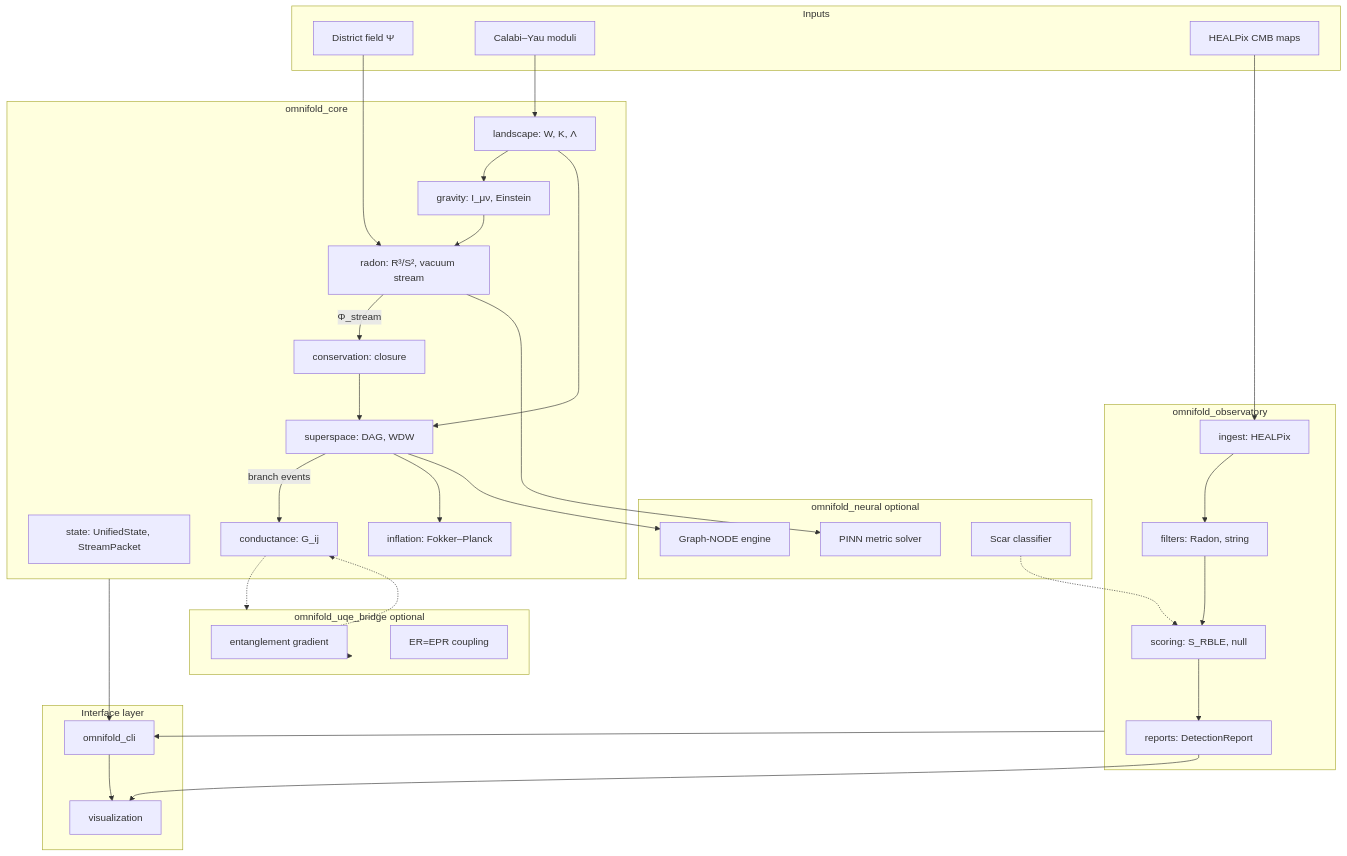
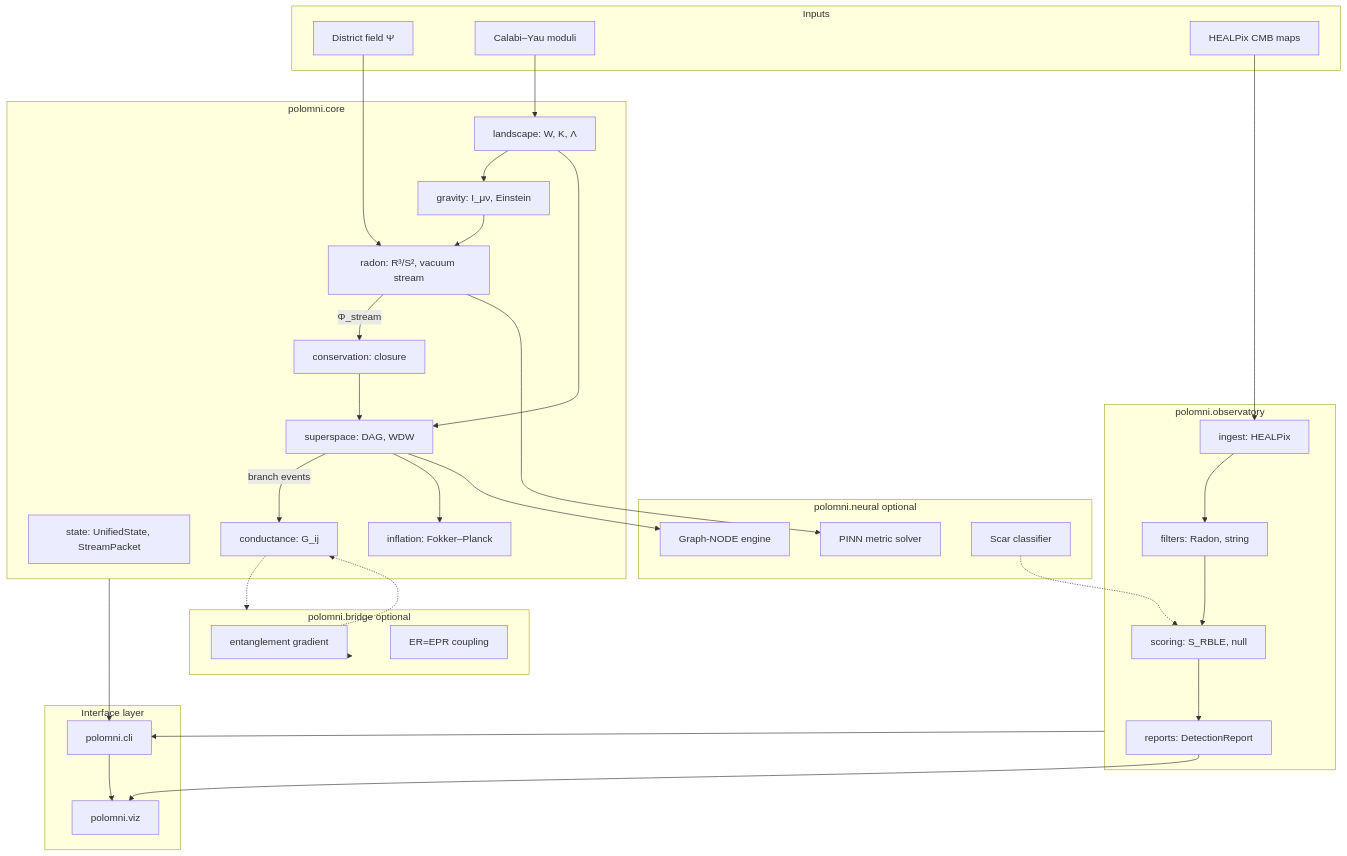
One commit to Team-Deepiri/deepiri-polomni changed the diagram in docs/architecture/SYSTEM_OVERVIEW.md. Above: the diagram before and after it, drawn with Mermaid. The commit also changed other lines of this file and 149 other files, not shown here.

````diff
--- a/docs/architecture/SYSTEM_OVERVIEW.md
+++ b/docs/architecture/SYSTEM_OVERVIEW.md
@@ -27,63 +27,63 @@
 ```mermaid
 flowchart TB
   subgraph inputs [Inputs]
     DistrictData["District field Ψ"]
     Moduli["Calabi–Yau moduli"]
     CMBMaps["HEALPix CMB maps"]
   end
 
-  subgraph core [omnifold_core]
+  subgraph core [polomni.core]
     State["state: UnifiedState, StreamPacket"]
     Landscape["landscape: W, K, Λ"]
     Gravity["gravity: I_μν, Einstein"]
     Inflation["inflation: Fokker–Planck"]
     Superspace["superspace: DAG, WDW"]
     Radon["radon: R³/S², vacuum stream"]
     Conductance["conductance: G_ij"]
     Conservation["conservation: closure"]
   end
 
-  subgraph ml [omnifold_neural optional]
+  subgraph ml [polomni.neural optional]
     GraphNODE["Graph-NODE engine"]
     PINN["PINN metric solver"]
     ScarNet["Scar classifier"]
   end
 
-  subgraph obs [omnifold_observatory]
+  subgraph obs [polomni.observatory]
     Ingest["ingest: HEALPix"]
     Filters["filters: Radon, string"]
     Scoring["scoring: S_RBLE, null"]
     Reports["reports: DetectionReport"]
   end
 
-  subgraph bridge [omnifold_uqe_bridge optional]
+  subgraph bridge [polomni.bridge optional]
     Entangle["entanglement gradient"]
     EPR["ER=EPR coupling"]
   end
 
   subgraph iface [Interface layer]
-    CLI["omnifold_cli"]
-    Viz["visualization"]
+    CLI["polomni.cli"]
+    Viz["polomni.viz"]
   end
 
   Moduli --> Landscape
   DistrictData --> Radon
   Landscape --> Gravity
   Landscape --> Superspace
   Radon -->|"Φ_stream"| Conservation
   Conservation --> Superspace
   Superspace -->|"branch events"| Conductance
   Superspace --> Inflation
   Gravity --> Radon
   Conductance -.-> bridge
   bridge -.-> Entangle
   Entangle -.-> Conductance
   CMBMaps --> Ingest --> Filters --> Scoring --> Reports
   ScarNet -.-> Scoring
   Superspace --> GraphNODE
   Radon --> PINN
   core --> CLI
   obs --> CLI
   CLI --> Viz
   Reports --> Viz
 ```
````
